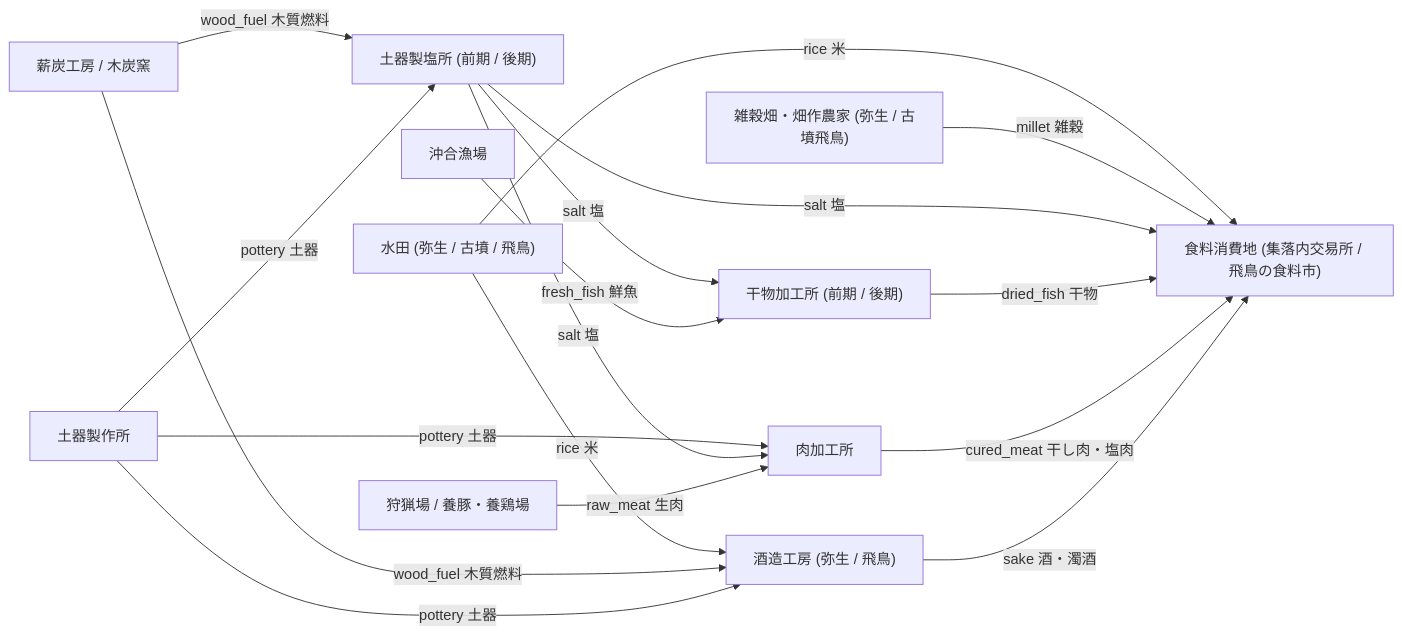
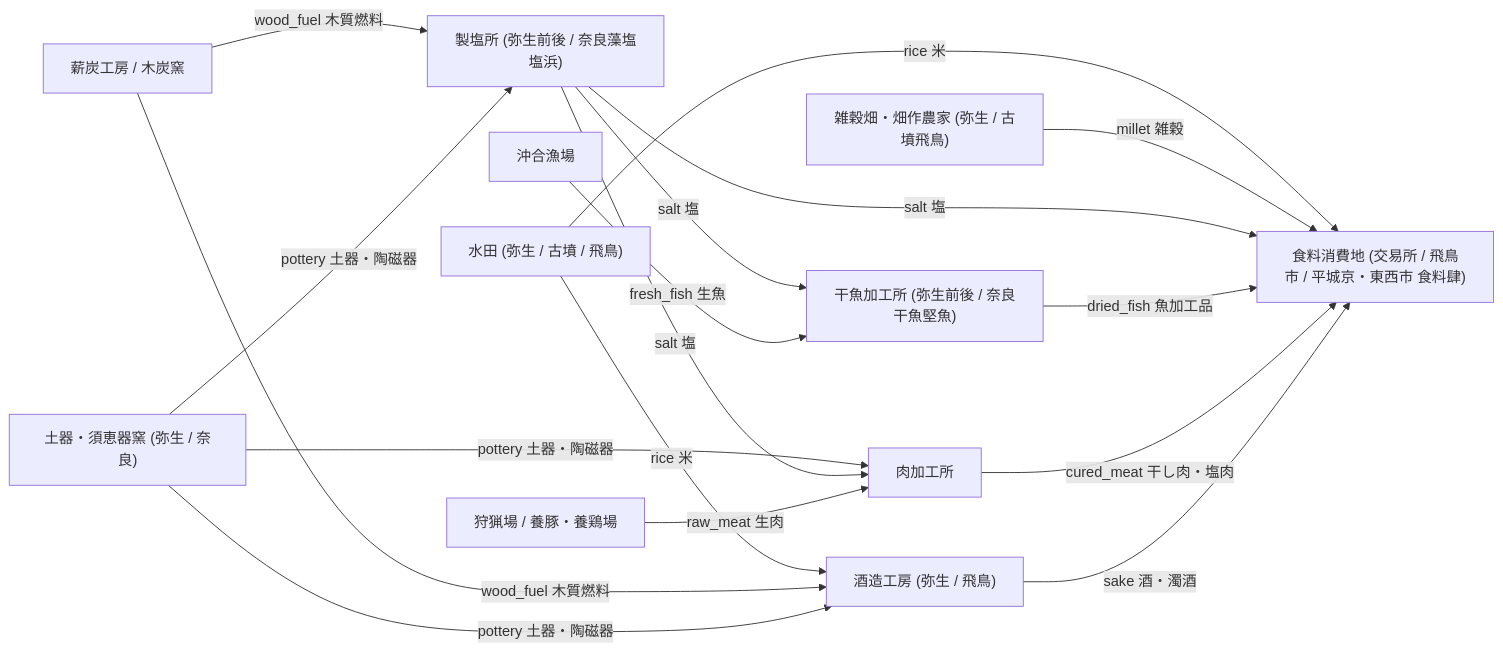
The first of 2 diagrams in 産業チェーンまとめ.md (Phystam/pak128-jp-historical-addons), drawn with Mermaid before and after one commit. The commit also changed other lines of this file and 514 other files, not shown here.

````diff
--- a/産業チェーンまとめ.md
+++ b/産業チェーンまとめ.md
@@ -35,25 +40,25 @@
 ```mermaid
 flowchart LR
   suiden["水田 (弥生 / 古墳 / 飛鳥)"] -->|"rice 米"| sake_brew["酒造工房 (弥生 / 飛鳥)"]
-  suiden -->|"rice 米"| food_mkt["食料消費地 (集落内交易所 / 飛鳥の食料市)"]
+  suiden -->|"rice 米"| food_mkt["食料消費地 (交易所 / 飛鳥市 / 平城京・東西市 食料肆)"]
 
   dryfield["雑穀畑・畑作農家 (弥生 / 古墳飛鳥)"] -->|"millet 雑穀"| food_mkt
 
-  wood["薪炭工房 / 木炭窯"] -->|"wood_fuel 木質燃料"| saltworks["土器製塩所 (前期 / 後期)"]
+  wood["薪炭工房 / 木炭窯"] -->|"wood_fuel 木質燃料"| saltworks["製塩所 (弥生前後 / 奈良藻塩塩浜)"]
   wood -->|"wood_fuel 木質燃料"| sake_brew
-  doki["土器製作所"] -->|"pottery 土器"| saltworks
-  doki -->|"pottery 土器"| sake_brew
-  doki -->|"pottery 土器"| curing["肉加工所"]
+  doki["土器・須恵器窯 (弥生 / 奈良)"] -->|"pottery 土器・陶磁器"| saltworks
+  doki -->|"pottery 土器・陶磁器"| sake_brew
+  doki -->|"pottery 土器・陶磁器"| curing["肉加工所"]
 
-  saltworks -->|"salt 塩"| dried_fish["干物加工所 (前期 / 後期)"]
+  saltworks -->|"salt 塩"| dried_fish["干魚加工所 (弥生前後 / 奈良干魚堅魚)"]
   saltworks -->|"salt 塩"| curing
   saltworks -->|"salt 塩"| food_mkt
 
-  fishing["沖合漁場"] -->|"fresh_fish 鮮魚"| dried_fish
-  dried_fish -->|"dried_fish 干物"| food_mkt
+  fishing["沖合漁場"] -->|"fresh_fish 生魚"| dried_fish
+  dried_fish -->|"dried_fish 魚加工品"| food_mkt
 
   meat_src["狩猟場 / 養豚・養鶏場"] -->|"raw_meat 生肉"| curing
   curing -->|"cured_meat 干し肉・塩肉"| food_mkt
 
   sake_brew -->|"sake 酒・濁酒"| food_mkt
 ```
````
